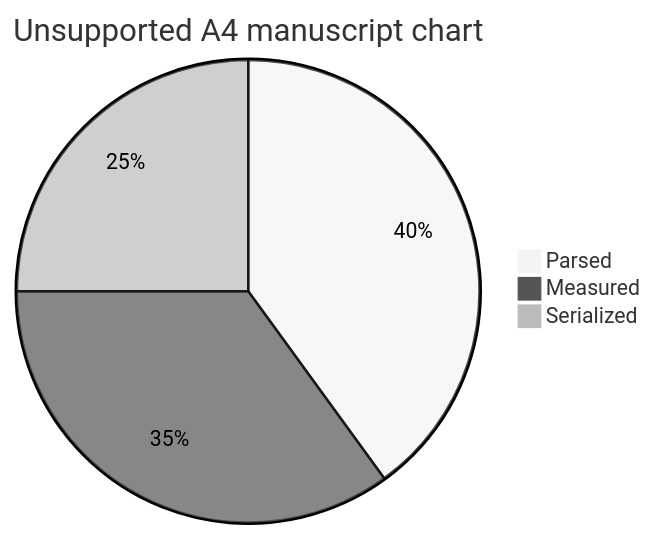
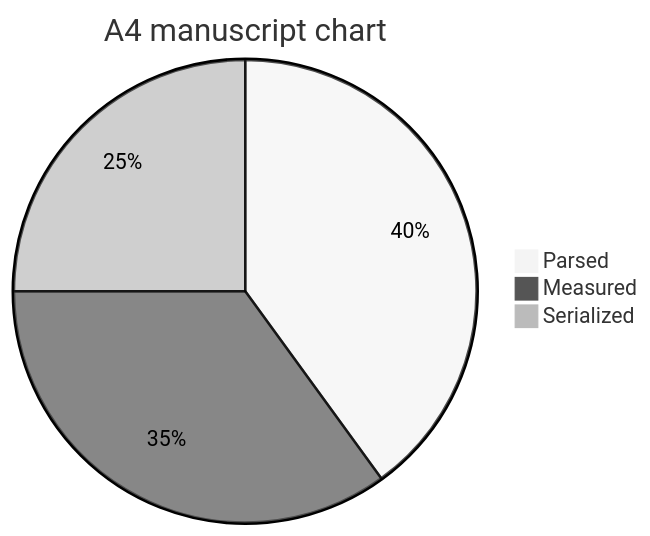
The second of 2 diagrams in Packages/Tests/MarkdownPDFTests/Fixtures/a4-manuscript.md (mihaelamj/MarkdownPDF), drawn with Mermaid (neutral theme) before and after one commit. The commit also changed other lines of this file and 15 other files, not shown here.

First line of the commit message:
feat(charts): add native chart rendering

````diff
--- a/Packages/Tests/MarkdownPDFTests/Fixtures/a4-manuscript.md
+++ b/Packages/Tests/MarkdownPDFTests/Fixtures/a4-manuscript.md
@@ -217,6 +217,6 @@
 ```mermaid
-pie title Unsupported A4 manuscript chart
+pie title A4 manuscript chart
     "Parsed" : 40
     "Measured" : 35
     "Serialized" : 25
 ```
````
